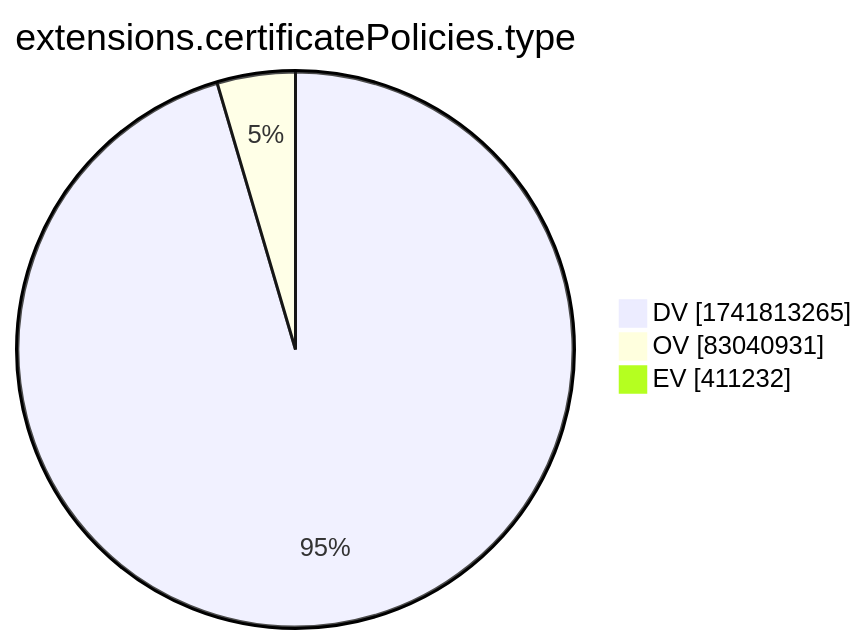
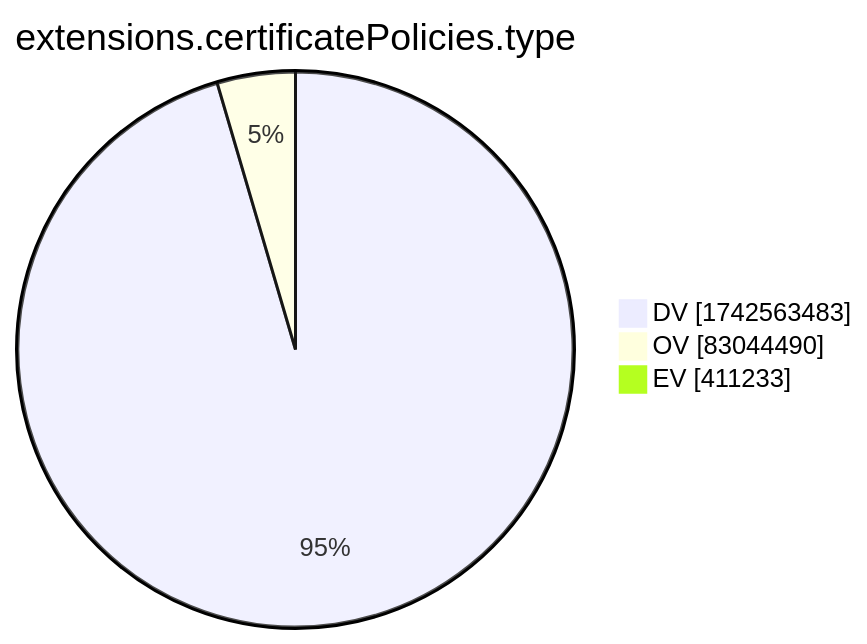
Before and after one commit to christiankrug/ctmonitor_visualization: the tenth of 15 diagrams in xenon2022/README.md, drawn with Mermaid. The commit also changed other lines of this file, not shown here.

````diff
--- a/xenon2022/README.md
+++ b/xenon2022/README.md
@@ -2881,7 +2881,7 @@
 ```mermaid
 pie showData
 title extensions.certificatePolicies.type
-"DV" :1741813265
-"OV" :83040931
-"EV" :411232
+"DV" :1742563483
+"OV" :83044490
+"EV" :411233
 ```
````
